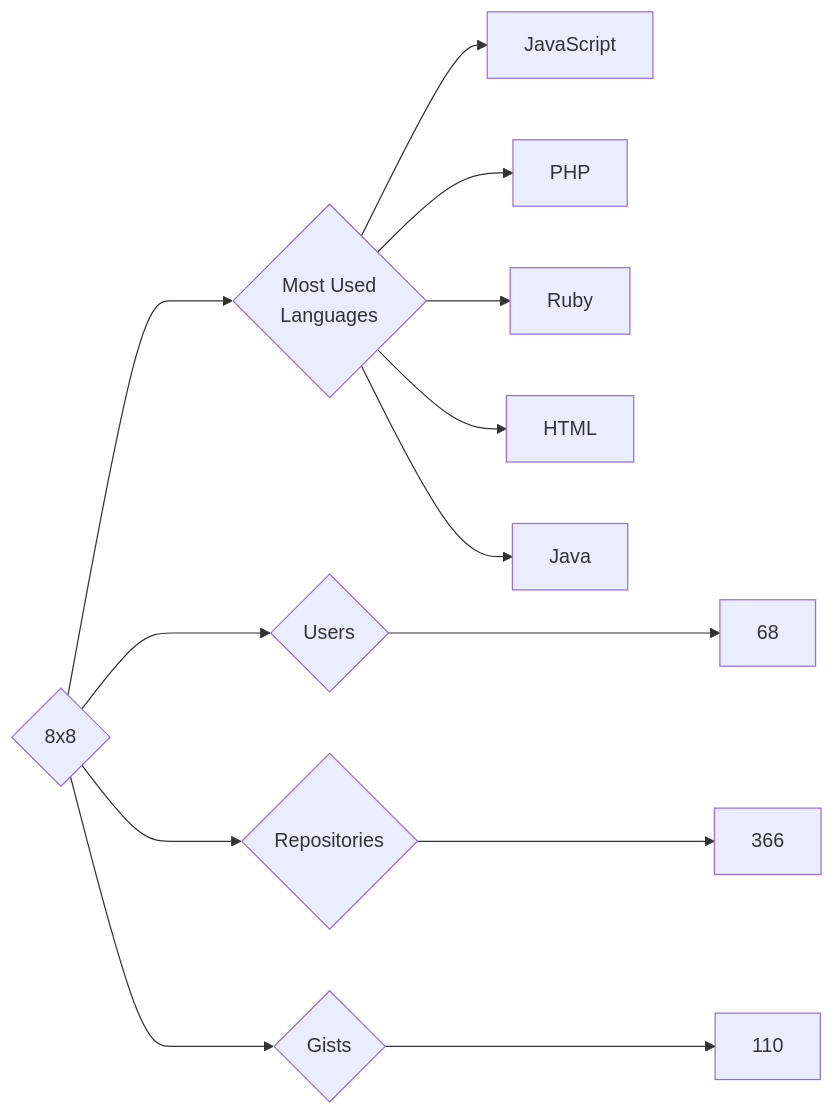
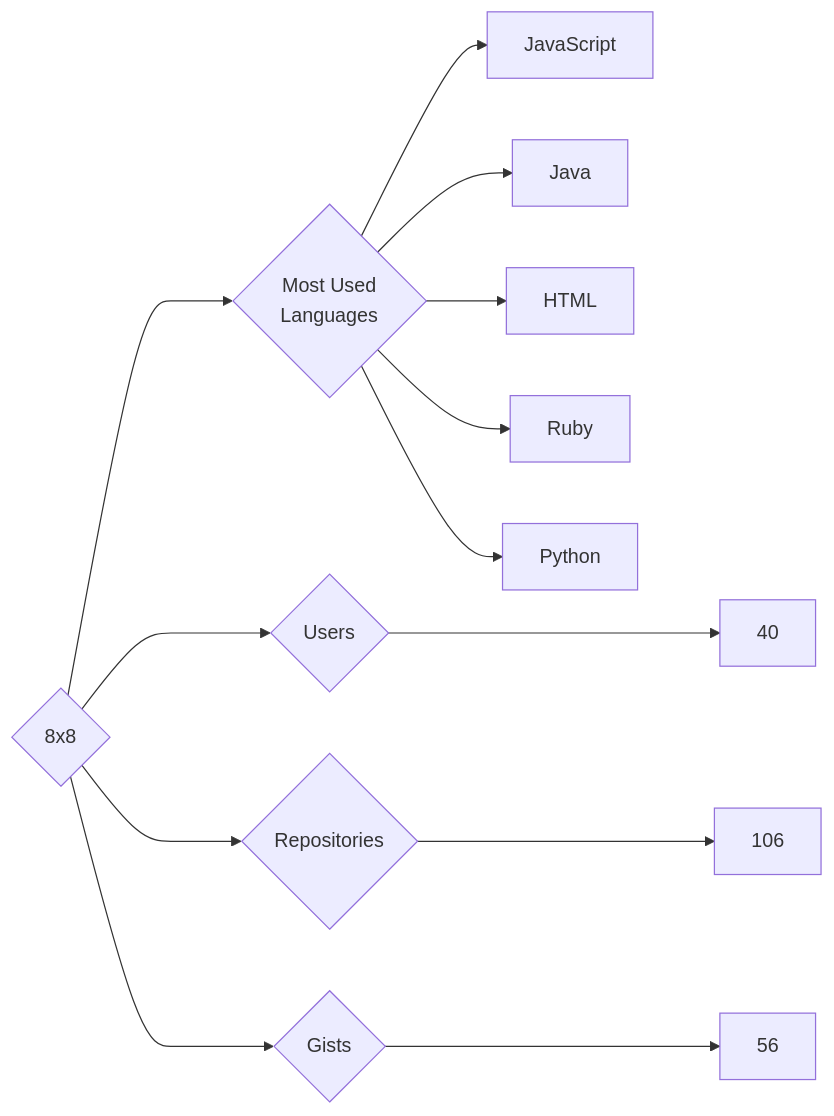
Before and after one commit to trickest/insiders: the diagram in targets/8x8/README.md, drawn with Mermaid. The commit also changed 639 other files, not shown here.

````diff
--- a/targets/8x8/README.md
+++ b/targets/8x8/README.md
@@ -3,13 +3,13 @@
 ```mermaid
 graph LR
 COMPANY_NAME{8x8}
-COMPANY_NAME ---> U{Users} ---> UN[68]
-COMPANY_NAME ---> R{Repositories} ---> RN[366]
-COMPANY_NAME ---> G{Gists} ---> GN[110]
+COMPANY_NAME ---> U{Users} ---> UN[40]
+COMPANY_NAME ---> R{Repositories} ---> RN[106]
+COMPANY_NAME ---> G{Gists} ---> GN[56]
 COMPANY_NAME ---> ML{Most Used<br>Languages}
 ML --> JavaScript[JavaScript]
-ML --> PHP[PHP]
+ML --> Java[Java]
+ML --> HTML[HTML]
 ML --> Ruby[Ruby]
-ML --> HTML[HTML]
-ML --> Java[Java]
+ML --> Python[Python]
 ```
````
